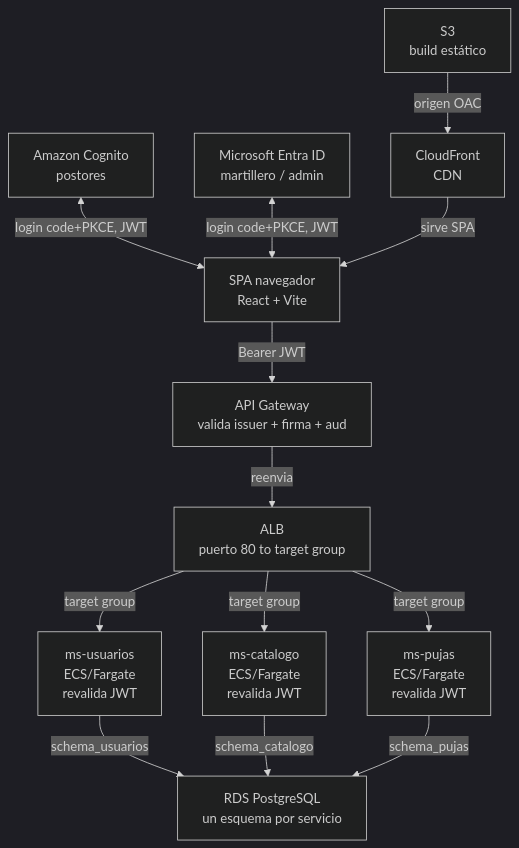
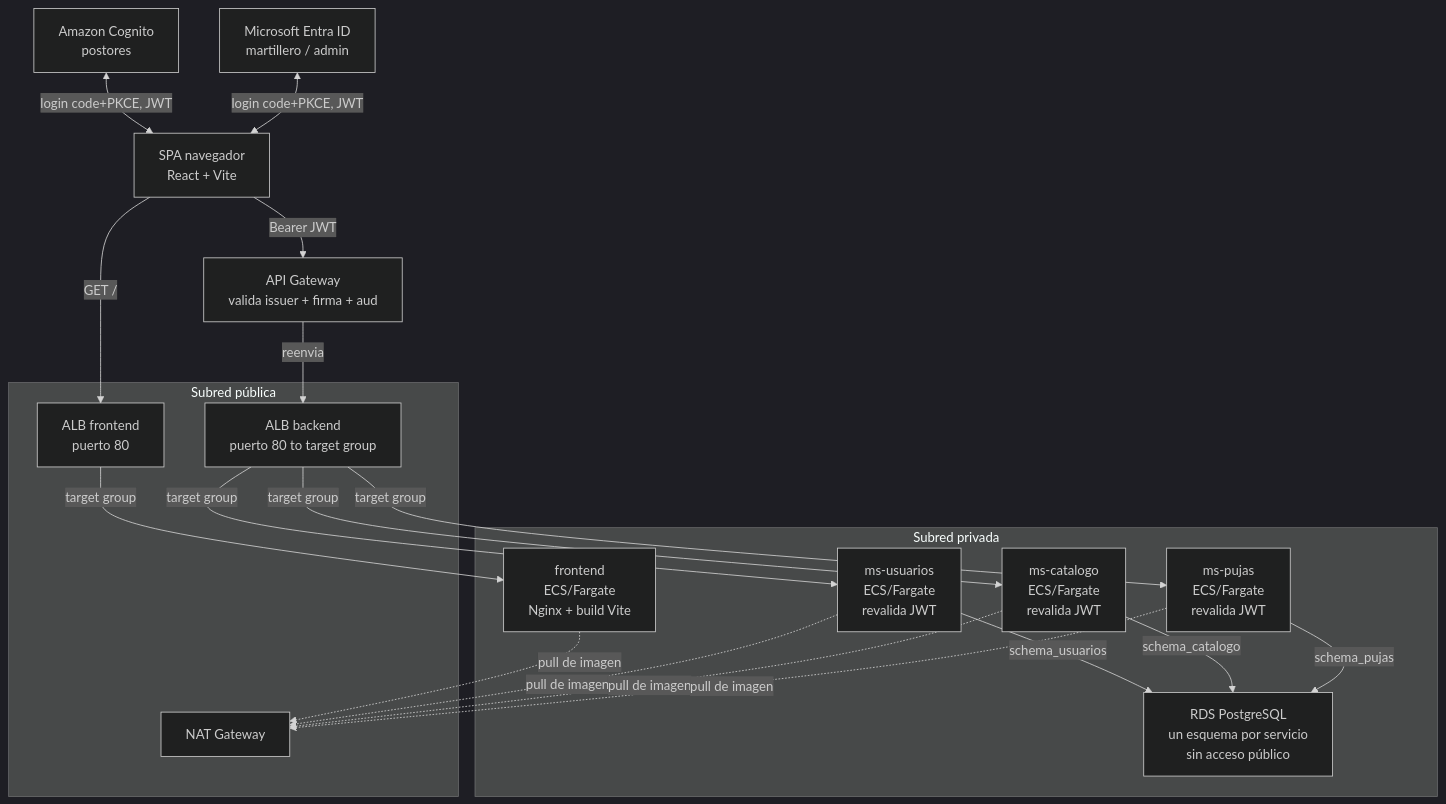
Before and after one commit to jasalass/DESARROLLO-CLOUD-NATIVE-I_004D: the diagram in docs/despliegue-aws.md, drawn with Mermaid (dark theme). The commit also changed other lines of this file and 10 other files, not shown here.

````diff
--- a/docs/despliegue-aws.md
+++ b/docs/despliegue-aws.md
@@ -51,27 +59,38 @@
 ```mermaid
 flowchart TB
+  subgraph Publico["Subred pública"]
+    ALBF["ALB frontend<br/>puerto 80"]
+    ALB["ALB backend<br/>puerto 80 to target group"]
+    NAT["NAT Gateway"]
+  end
+
+  subgraph Privado["Subred privada"]
+    FE["frontend<br/>ECS/Fargate<br/>Nginx + build Vite"]
+    MSU["ms-usuarios<br/>ECS/Fargate<br/>revalida JWT"]
+    MSC["ms-catalogo<br/>ECS/Fargate<br/>revalida JWT"]
+    MSP["ms-pujas<br/>ECS/Fargate<br/>revalida JWT"]
+    RDS["RDS PostgreSQL<br/>un esquema por servicio<br/>sin acceso público"]
+  end
+
   Cognito["Amazon Cognito<br/>postores"]
   Entra["Microsoft Entra ID<br/>martillero / admin"]
   Browser["SPA navegador<br/>React + Vite"]
-  CloudFront["CloudFront<br/>CDN"]
-  S3["S3<br/>build estático"]
   APIGW["API Gateway<br/>valida issuer + firma + aud"]
-  ALB["ALB<br/>puerto 80 to target group"]
-  MSU["ms-usuarios<br/>ECS/Fargate<br/>revalida JWT"]
-  MSC["ms-catalogo<br/>ECS/Fargate<br/>revalida JWT"]
-  MSP["ms-pujas<br/>ECS/Fargate<br/>revalida JWT"]
-  RDS["RDS PostgreSQL<br/>un esquema por servicio"]
 
   Cognito <-->|"login code+PKCE, JWT"| Browser
   Entra <-->|"login code+PKCE, JWT"| Browser
-  S3 -->|"origen OAC"| CloudFront
-  CloudFront -->|"sirve SPA"| Browser
+  Browser -->|"GET /"| ALBF
+  ALBF -->|"target group"| FE
   Browser -->|"Bearer JWT"| APIGW
   APIGW -->|"reenvia"| ALB
   ALB -->|"target group"| MSU
   ALB -->|"target group"| MSC
   ALB -->|"target group"| MSP
   MSU -->|"schema_usuarios"| RDS
   MSC -->|"schema_catalogo"| RDS
   MSP -->|"schema_pujas"| RDS
+  FE -.->|"pull de imagen"| NAT
+  MSU -.->|"pull de imagen"| NAT
+  MSC -.->|"pull de imagen"| NAT
+  MSP -.->|"pull de imagen"| NAT
 ```
````
